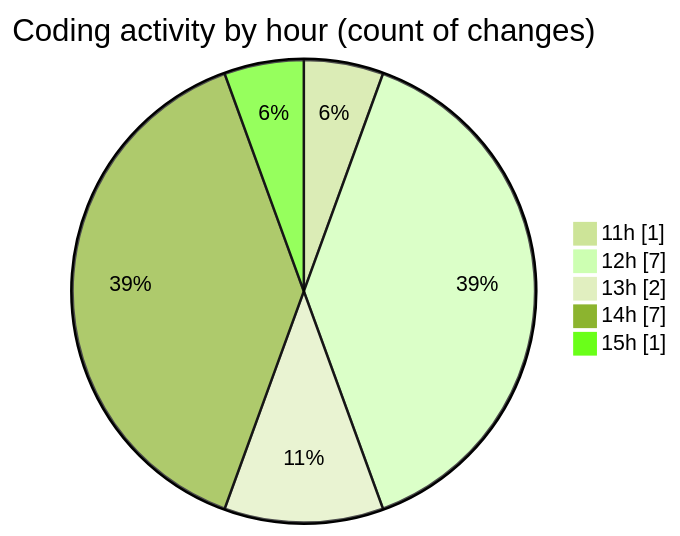
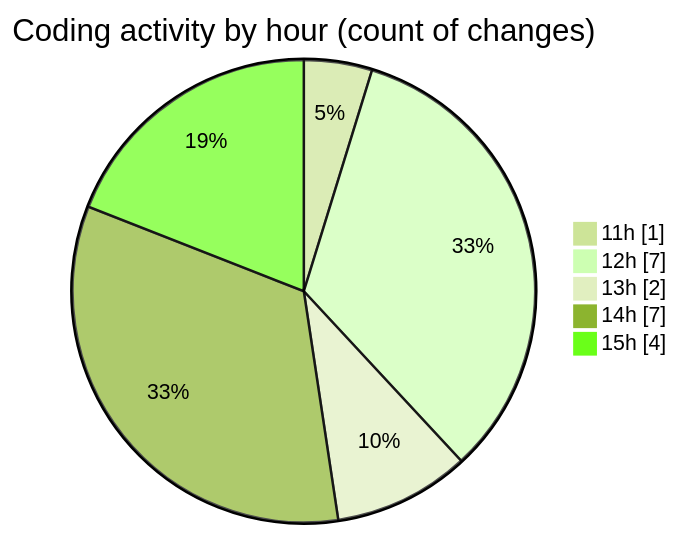
Before and after one commit to momahboobian/code-tracking: the second of 2 diagrams in 2025-06-09/cda/README.md, drawn with Mermaid (forest theme). The commit also changed other lines of this file and 1 other file, not shown here.

````diff
--- a/2025-06-09/cda/README.md
+++ b/2025-06-09/cda/README.md
@@ -39,9 +40,9 @@
 ```mermaid
 pie showData
 title Coding activity by hour (count of changes)
 "11h" : 1
 "12h" : 7
 "13h" : 2
 "14h" : 7
-"15h" : 1
+"15h" : 4
 ```
````
